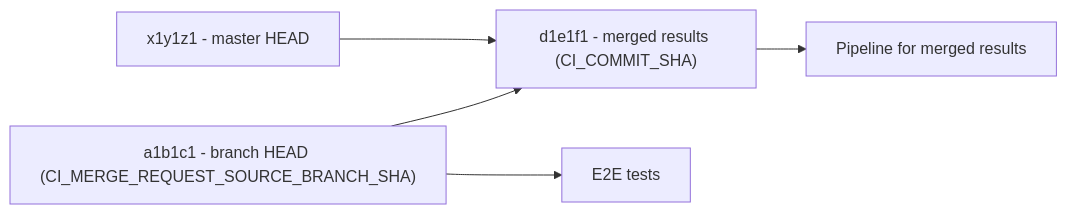
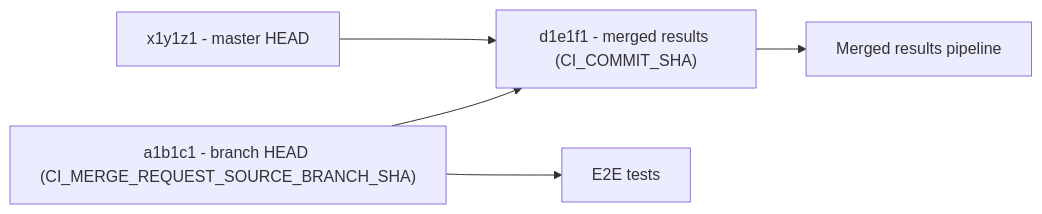
Before and after one commit to diffblue/gitlab: the second of 2 diagrams in doc/development/testing_guide/end_to_end/index.md, drawn with Mermaid. The commit also changed 21 other files, not shown here.

````diff
--- a/doc/development/testing_guide/end_to_end/index.md
+++ b/doc/development/testing_guide/end_to_end/index.md
@@ -118,13 +118,13 @@
 ```mermaid
 graph LR
 
 A["a1b1c1 - branch HEAD (CI_MERGE_REQUEST_SOURCE_BRANCH_SHA)"]
 B["x1y1z1 - master HEAD"]
 C["d1e1f1 - merged results (CI_COMMIT_SHA)"]
 
 A --> C
 B --> C
 
 A --> E["E2E tests"]
-C --> D["Pipeline for merged results"]
+C --> D["Merged results pipeline"]
  ```
````
